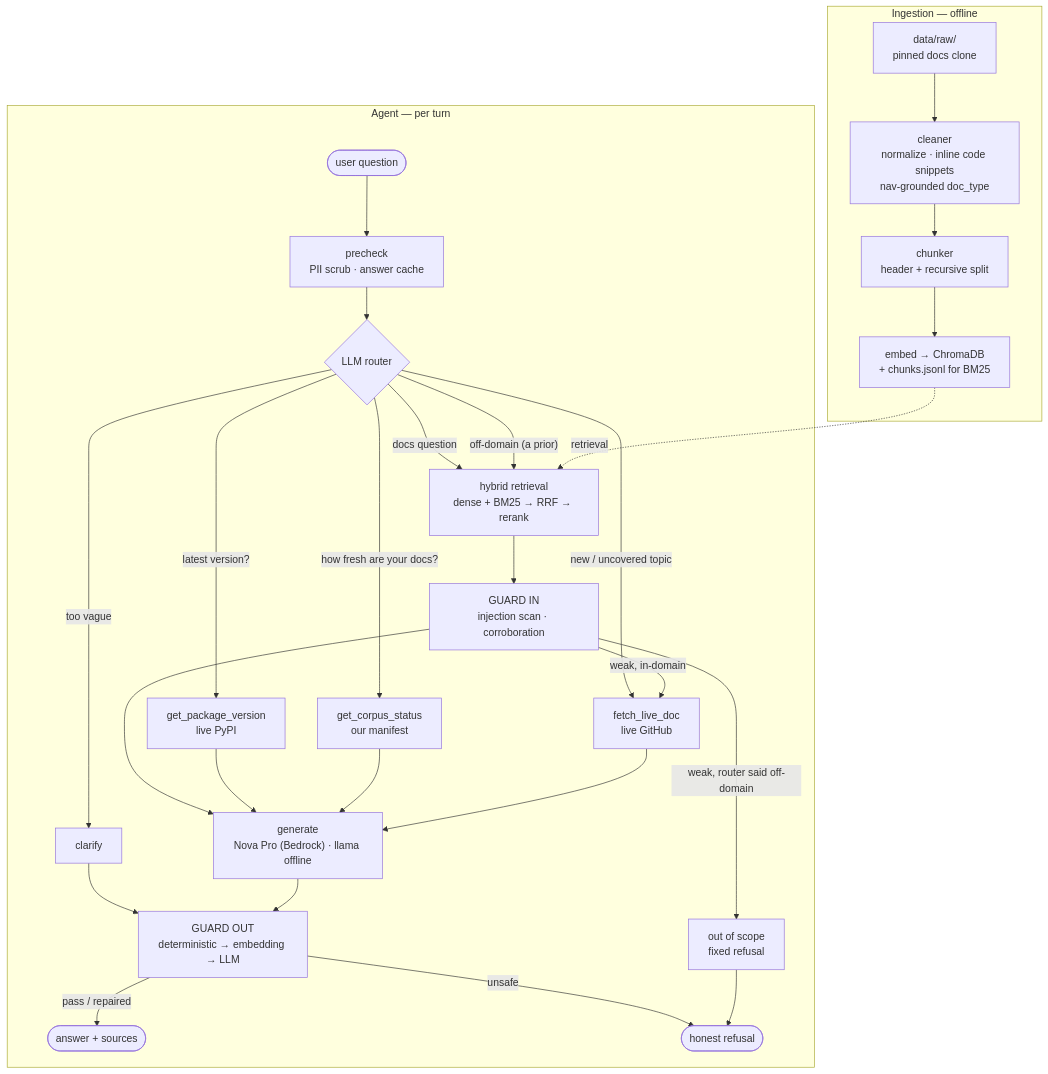
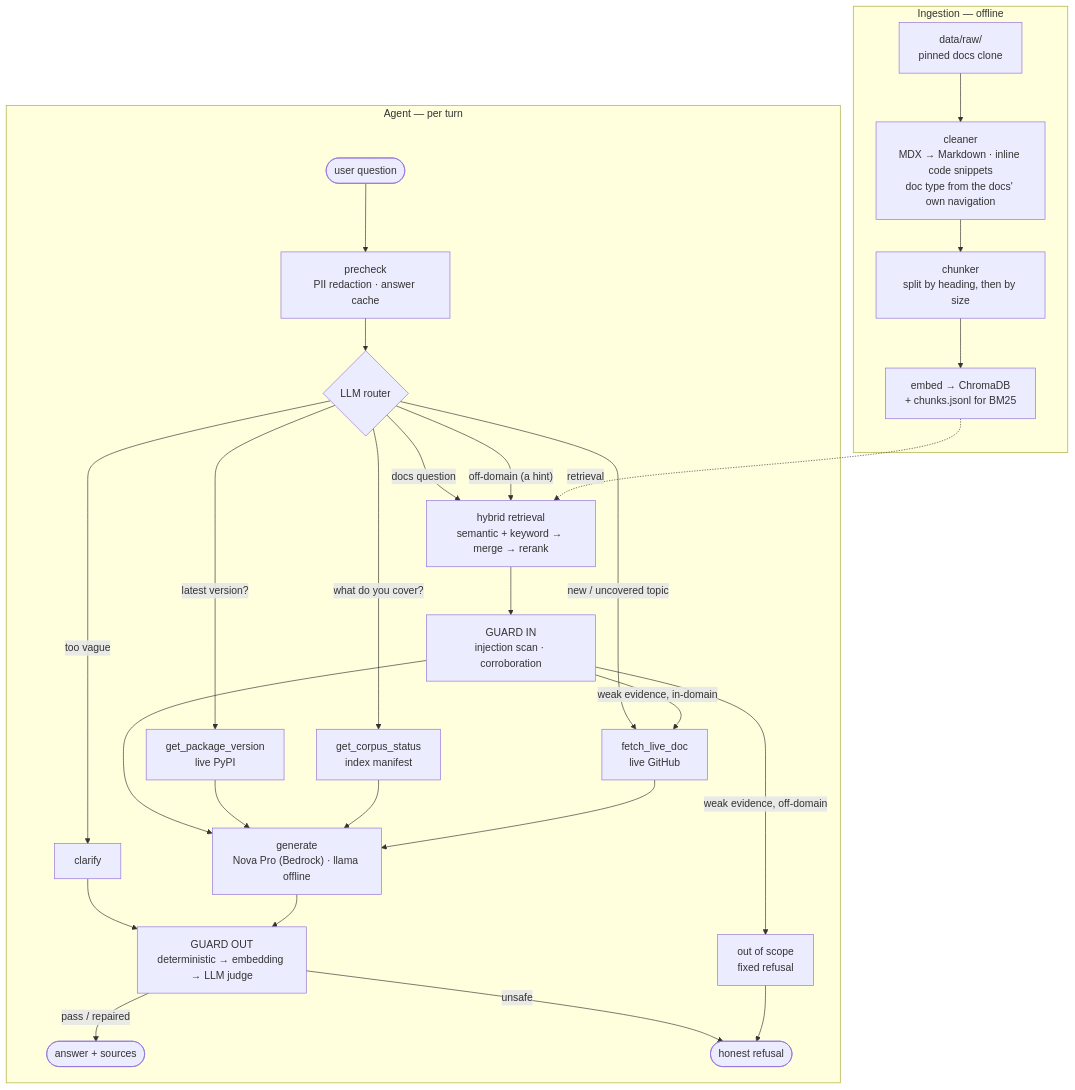
One commit to parimalganorkar/agentic-rag-assistant changed the diagram in README.md. Above: the diagram before and after it, drawn with Mermaid. The commit also changed other lines of this file, not shown here.

````diff
--- a/README.md
+++ b/README.md
@@ -78,34 +116,34 @@
 ```mermaid
 flowchart TD
     subgraph IG["Ingestion — offline"]
-        RAW["data/raw/<br/>pinned docs clone"] --> CLEAN["cleaner<br/>normalize · inline code snippets<br/>nav-grounded doc_type"]
-        CLEAN --> CH["chunker<br/>header + recursive split"]
+        RAW["data/raw/<br/>pinned docs clone"] --> CLEAN["cleaner<br/>MDX → Markdown · inline code snippets<br/>doc type from the docs' own navigation"]
+        CLEAN --> CH["chunker<br/>split by heading, then by size"]
         CH --> EMB["embed → ChromaDB<br/>+ chunks.jsonl for BM25"]
     end
 
     subgraph AG["Agent — per turn"]
-        Q(["user question"]) --> PRE["precheck<br/>PII scrub · answer cache"]
+        Q(["user question"]) --> PRE["precheck<br/>PII redaction · answer cache"]
         PRE --> ROUTER{"LLM router"}
-        ROUTER -->|docs question| RET["hybrid retrieval<br/>dense + BM25 → RRF → rerank"]
-        ROUTER -->|"off-domain (a prior)"| RET
+        ROUTER -->|docs question| RET["hybrid retrieval<br/>semantic + keyword → merge → rerank"]
+        ROUTER -->|"off-domain (a hint)"| RET
         ROUTER -->|"latest version?"| T1["get_package_version<br/>live PyPI"]
-        ROUTER -->|"how fresh are your docs?"| T2["get_corpus_status<br/>our manifest"]
+        ROUTER -->|"what do you cover?"| T2["get_corpus_status<br/>index manifest"]
         ROUTER -->|new / uncovered topic| T3["fetch_live_doc<br/>live GitHub"]
         ROUTER -->|too vague| CLR["clarify"]
 
         RET --> GIN["GUARD IN<br/>injection scan · corroboration"]
-        GIN -->|"weak, in-domain"| T3
-        GIN -->|"weak, router said off-domain"| OOS["out of scope<br/>fixed refusal"]
+        GIN -->|"weak evidence, in-domain"| T3
+        GIN -->|"weak evidence, off-domain"| OOS["out of scope<br/>fixed refusal"]
         GIN --> GEN["generate<br/>Nova Pro (Bedrock) · llama offline"]
         T1 --> GEN
         T2 --> GEN
         T3 --> GEN
         CLR --> GOUT
-        GEN --> GOUT["GUARD OUT<br/>deterministic → embedding → LLM"]
+        GEN --> GOUT["GUARD OUT<br/>deterministic → embedding → LLM judge"]
         GOUT -->|pass / repaired| ANS(["answer + sources"])
         GOUT -->|unsafe| REF(["honest refusal"])
         OOS --> REF
     end
 
     EMB -.->|retrieval| RET
 ```
````
